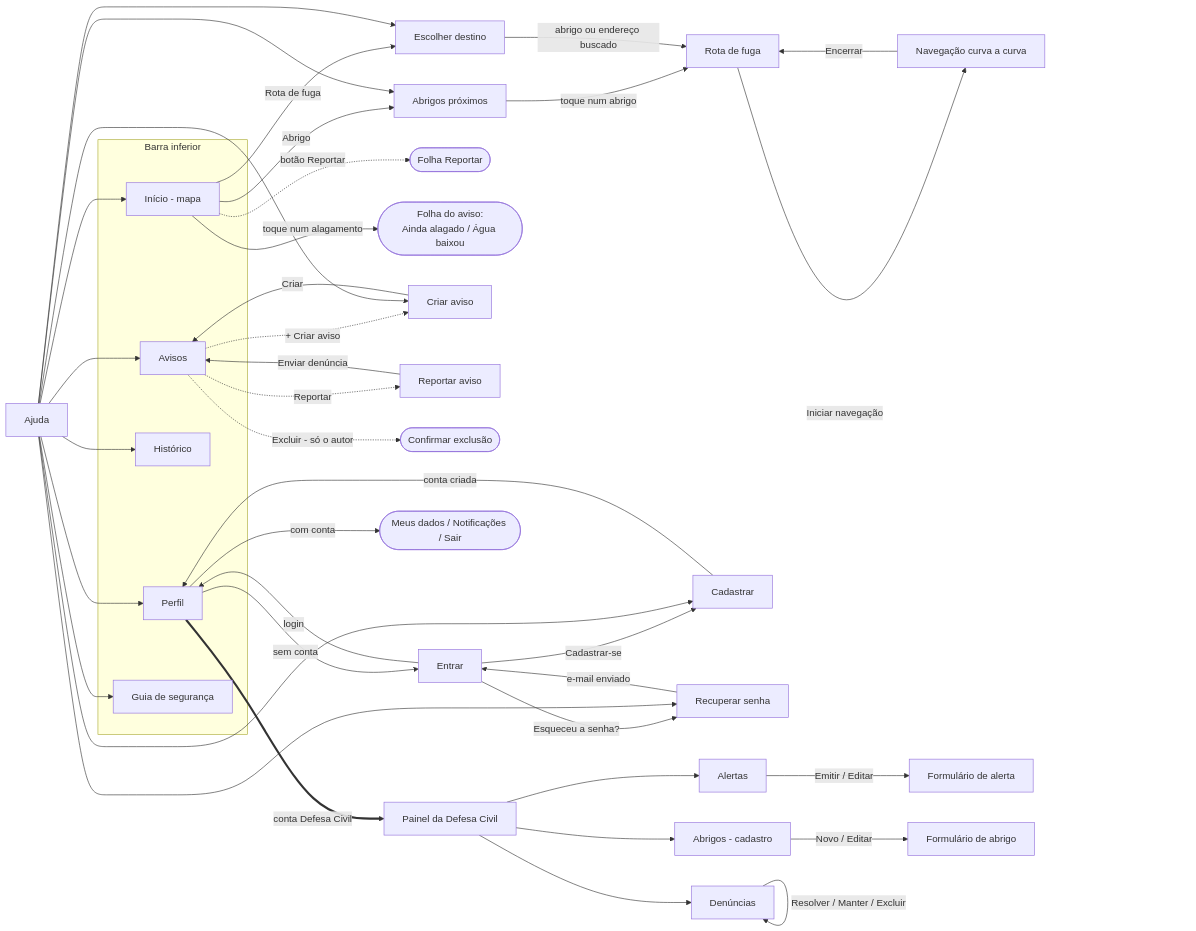
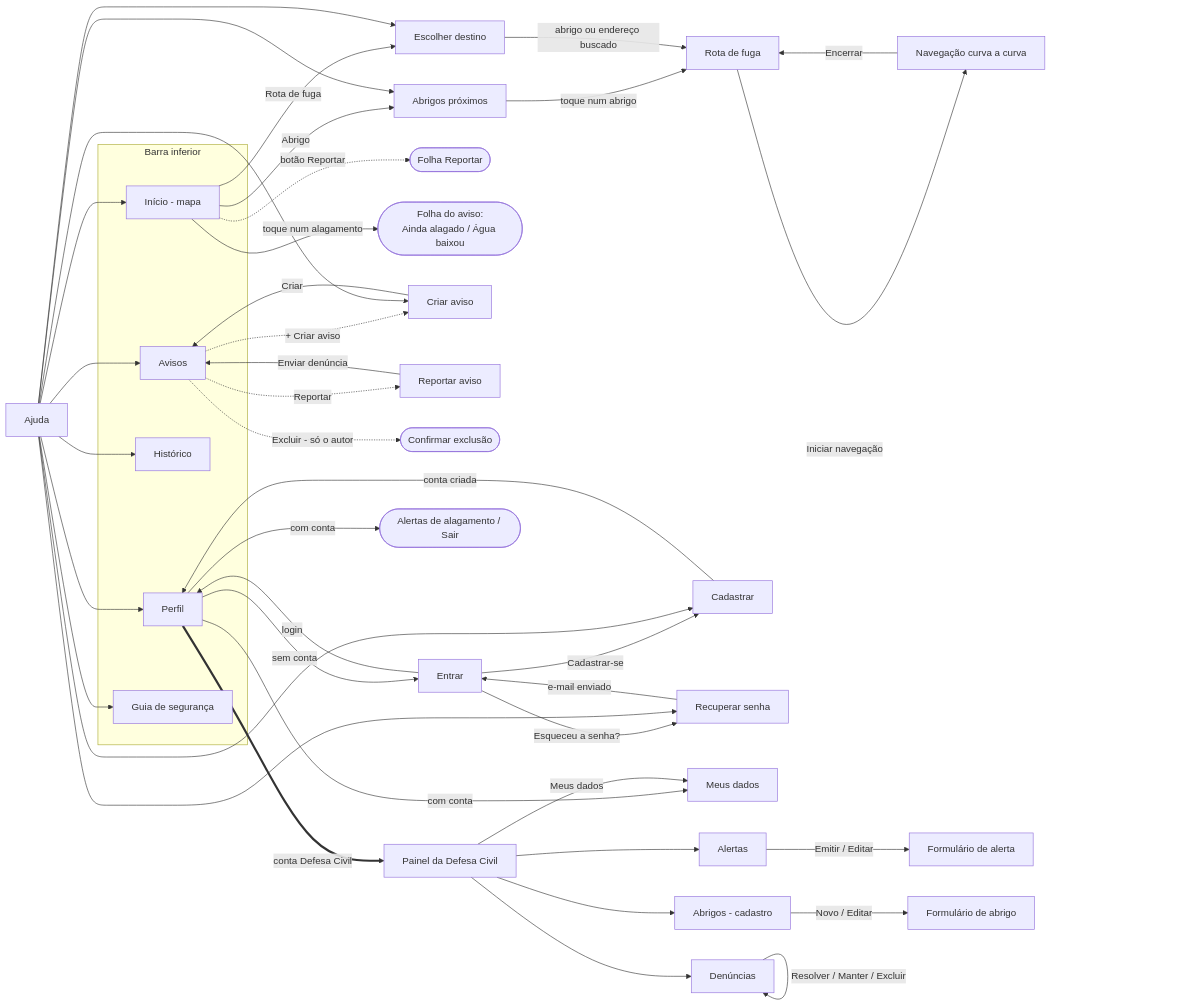
One commit to Loboock/enchente-alerta changed the diagram in docs/fluxo-navegacao.md. Above: the diagram before and after it, drawn with Mermaid. The commit also changed other lines of this file and 9 other files, not shown here.

First line of the commit message:
feat: perfil no padrão dos apps comuns e tela Meus dados

````diff
--- a/docs/fluxo-navegacao.md
+++ b/docs/fluxo-navegacao.md
@@ -16,45 +16,47 @@
 ```mermaid
 flowchart LR
     subgraph Abas["Barra inferior"]
         INI[Início - mapa]
         AVI[Avisos]
         HIS[Histórico]
         PER[Perfil]
         GUI[Guia de segurança]
     end
 
     INI -->|Abrigo| ABR[Abrigos próximos]
     INI -->|Rota de fuga| DES[Escolher destino]
     INI -.->|botão Reportar| REP([Folha Reportar])
     INI -->|toque num alagamento| DET([Folha do aviso:<br/>Ainda alagado / Água baixou])
 
     ABR -->|toque num abrigo| ROT[Rota de fuga]
     DES -->|abrigo ou endereço buscado| ROT
     ROT -->|Iniciar navegação| NAV[Navegação curva a curva]
     NAV -->|Encerrar| ROT
 
     AVI -.->|+ Criar aviso| CRI[Criar aviso]
     AVI -.->|Reportar| RPA[Reportar aviso]
     AVI -.->|Excluir - só o autor| EXC([Confirmar exclusão])
     CRI -->|Criar| AVI
     RPA -->|Enviar denúncia| AVI
 
     PER -->|sem conta| ENT[Entrar]
     ENT -->|Cadastrar-se| CAD[Cadastrar]
     ENT -->|Esqueceu a senha?| REC[Recuperar senha]
     CAD -->|conta criada| PER
     REC -->|e-mail enviado| ENT
     ENT -->|login| PER
-    PER -->|com conta| OPC([Meus dados / Notificações / Sair])
+    PER -->|com conta| MDA[Meus dados]
+    PER -->|com conta| OPC([Alertas de alagamento / Sair])
+    PAI -->|Meus dados| MDA
 
     PER ==>|conta Defesa Civil| PAI[Painel da Defesa Civil]
     PAI --> DEN[Denúncias]
     PAI --> ALE[Alertas]
     PAI --> ABD[Abrigos - cadastro]
     ALE -->|Emitir / Editar| FAL[Formulário de alerta]
     ABD -->|Novo / Editar| FAB[Formulário de abrigo]
     DEN -->|Resolver / Manter / Excluir| DEN
 
     AJU[Ajuda] --> INI & AVI & HIS & GUI & PER
     AJU --> ABR & DES & CRI & CAD & REC
 ```
````
